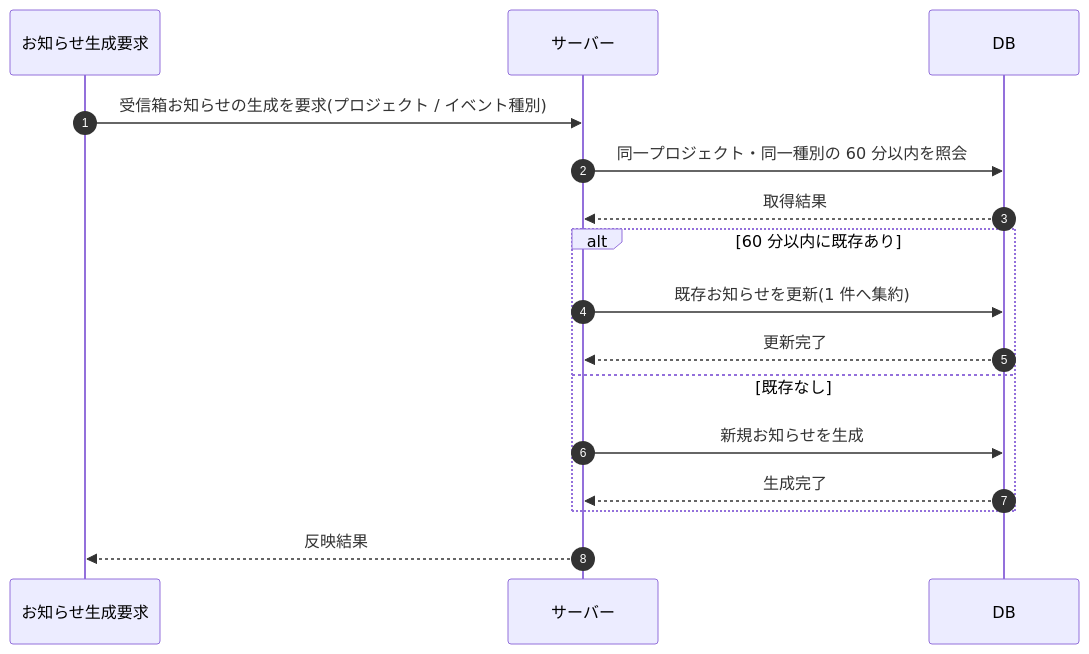
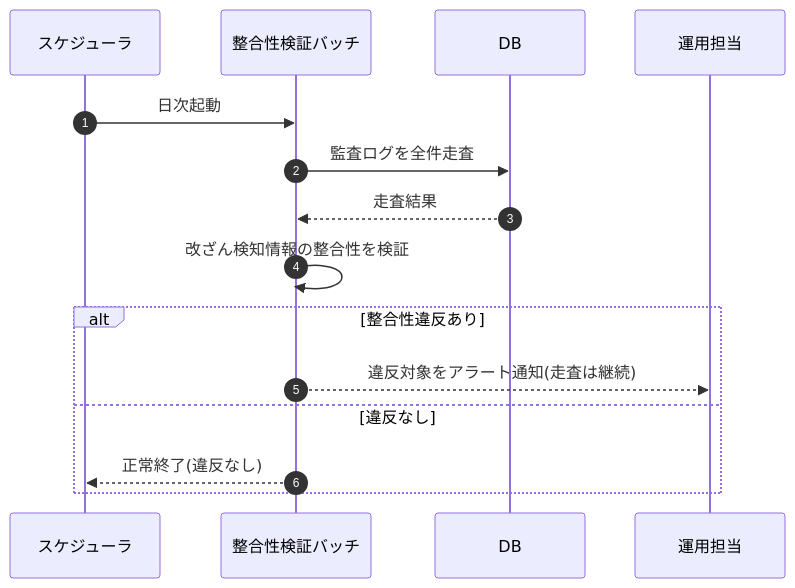
The diagram in 02_basic_design/03_sequences/SEQ-104.md (sikakou54/open-faq), drawn with Mermaid before and after one commit. The commit also changed other lines of this file and 99 other files, not shown here.

````diff
--- a/02_basic_design/03_sequences/SEQ-104.md
+++ b/02_basic_design/03_sequences/SEQ-104.md
@@ -25,18 +25,17 @@
 ```mermaid
 sequenceDiagram
   autonumber
-  participant G as お知らせ生成要求
-  participant Server as サーバー
+  participant SCH as スケジューラ
+  participant B as 整合性検証バッチ
   participant DB as DB
-  G->>Server: 受信箱お知らせの生成を要求(プロジェクト / イベント種別)
-  Server->>DB: 同一プロジェクト・同一種別の 60 分以内を照会
-  DB-->>Server: 取得結果
-  alt 60 分以内に既存あり
-    Server->>DB: 既存お知らせを更新(1 件へ集約)
-    DB-->>Server: 更新完了
-  else 既存なし
-    Server->>DB: 新規お知らせを生成
-    DB-->>Server: 生成完了
+  participant OP as 運用担当
+  SCH->>B: 日次起動
+  B->>DB: 監査ログを全件走査
+  DB-->>B: 走査結果
+  B->>B: 改ざん検知情報の整合性を検証
+  alt 整合性違反あり
+    B-->>OP: 違反対象をアラート通知(走査は継続)
+  else 違反なし
+    B-->>SCH: 正常終了(違反なし)
   end
-  Server-->>G: 反映結果
 ```
````
